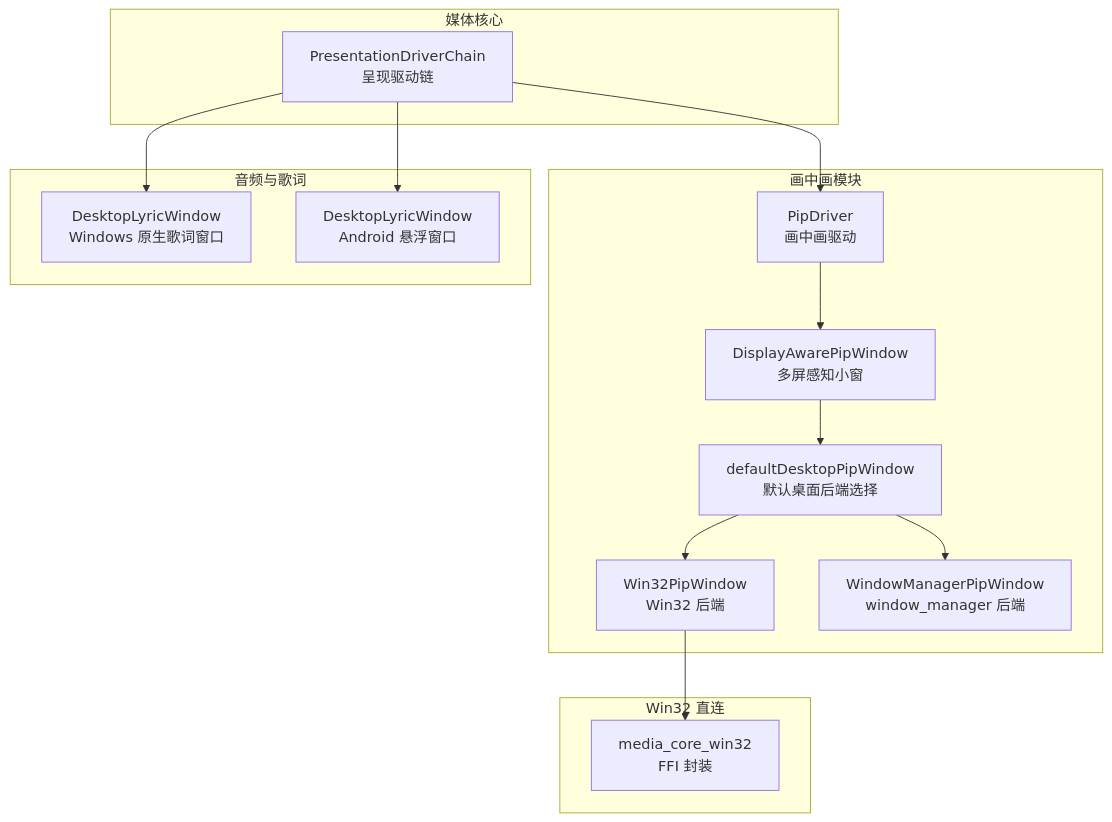
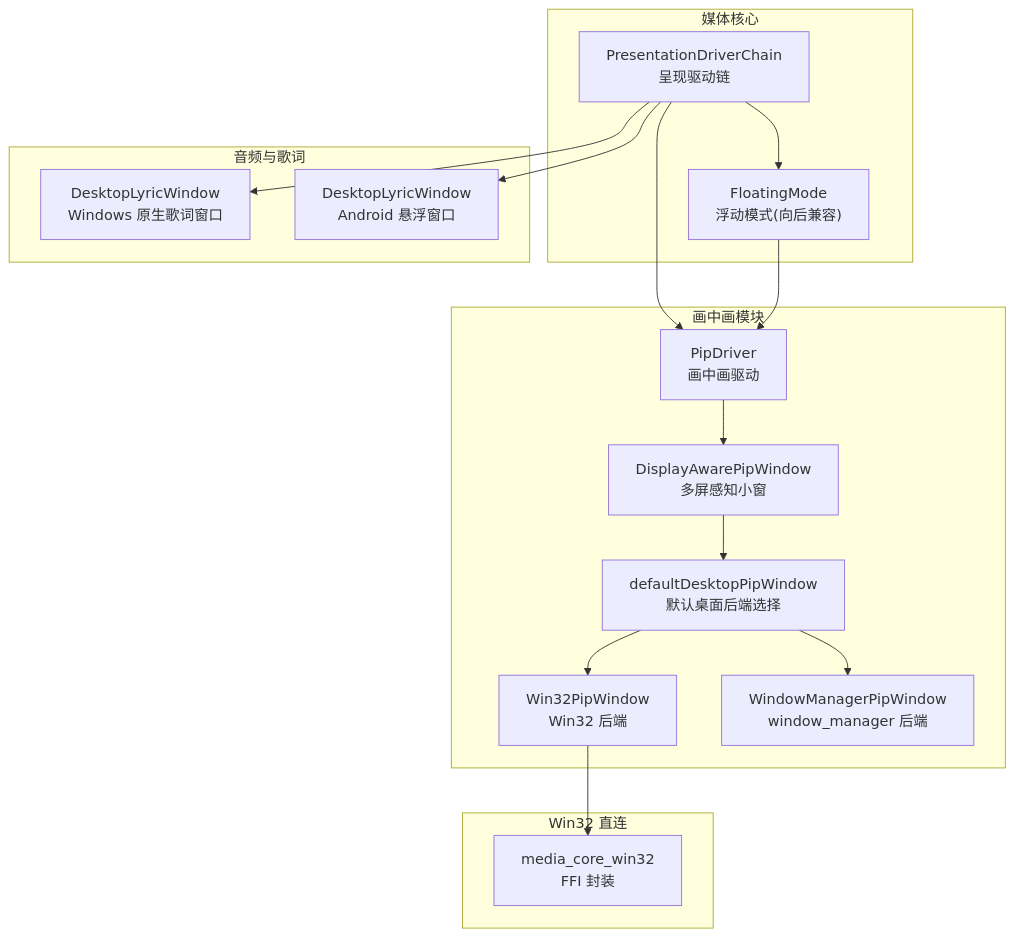
The first of 7 diagrams in .qoder/repowiki/zh/content/系统集成/桌面特性支持/桌面特性支持.md (SSSherlocked/media_core), drawn with Mermaid before and after one commit. The commit also changed other lines of this file and 6 other files, not shown here.

````diff
--- a/.qoder/repowiki/zh/content/系统集成/桌面特性支持/桌面特性支持.md
+++ b/.qoder/repowiki/zh/content/系统集成/桌面特性支持/桌面特性支持.md
@@ -46,28 +56,31 @@
 ```mermaid
 graph TB
 subgraph "媒体核心"
 MC["PresentationDriverChain<br/>呈现驱动链"]
+FM["FloatingMode<br/>浮动模式(向后兼容)"]
 end
 subgraph "画中画模块"
 PIP["PipDriver<br/>画中画驱动"]
 DPW["DisplayAwarePipWindow<br/>多屏感知小窗"]
 DPL["defaultDesktopPipWindow<br/>默认桌面后端选择"]
 W32["Win32PipWindow<br/>Win32 后端"]
 WM["WindowManagerPipWindow<br/>window_manager 后端"]
 end
 subgraph "Win32 直连"
 MWC["media_core_win32<br/>FFI 封装"]
 end
 subgraph "音频与歌词"
 ALW["DesktopLyricWindow<br/>Windows 原生歌词窗口"]
 ADW["DesktopLyricWindow<br/>Android 悬浮窗口"]
 end
 MC --> PIP
+MC --> FM
+FM --> PIP
 PIP --> DPW
 DPW --> DPL
 DPL --> W32
 DPL --> WM
 W32 --> MWC
 MC --> ALW
 MC --> ADW
 ```
````
